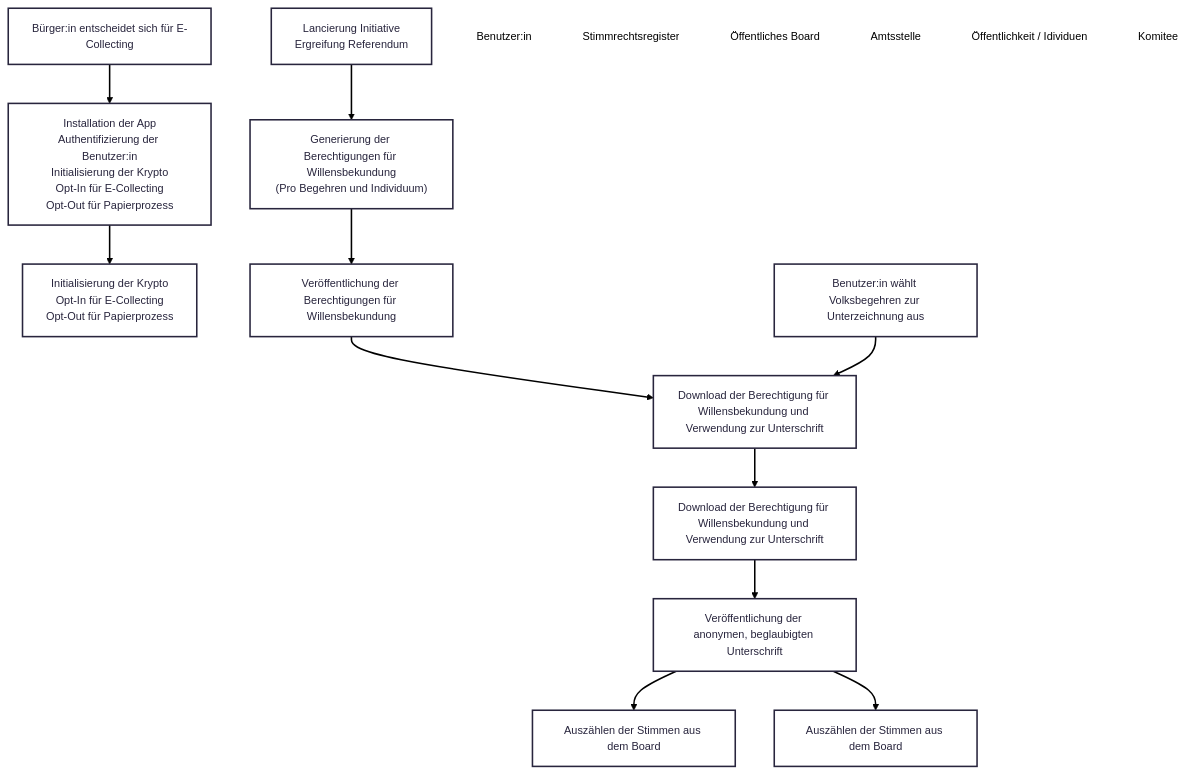
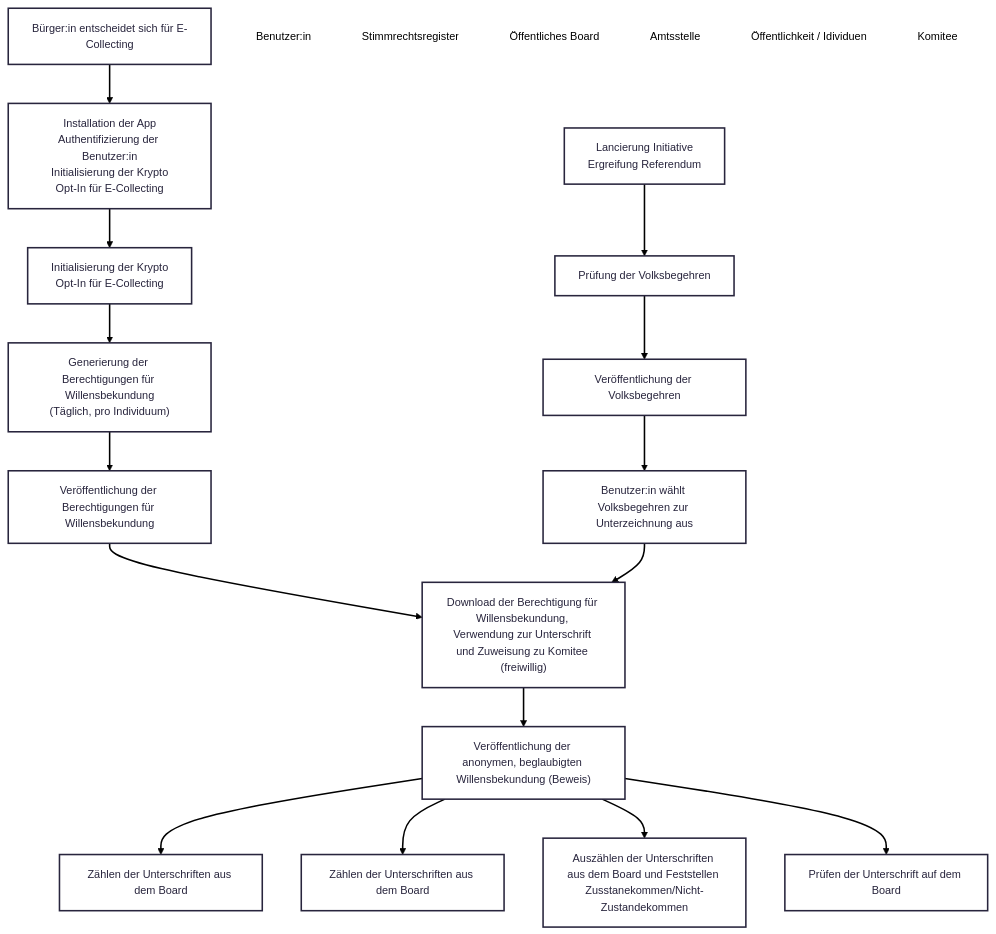
The second of 2 diagrams in vision/diagram.md (swiss/e-collecting-hackathon-team3), drawn with Mermaid before and after one commit.

````diff
--- a/vision/diagram.md
+++ b/vision/diagram.md
@@ -54,46 +54,51 @@
 ```mermaid
 ---
 config:
   theme: redux
   layout: fixed
 ---
 flowchart TD
-    A["Bürger:in entscheidet sich für E-Collecting"] --> n1["Installation der App<br>Authentifizierung der Benutzer:in<br>Initialisierung der Krypto<br>Opt-In für E-Collecting<br>Opt-Out für Papierprozess"]
-    n1 --> n2["Initialisierung der Krypto<br>Opt-In für E-Collecting<br>Opt-Out für Papierprozess"]
-    D["Lancierung Initiative<br>Ergreifung Referendum"] --> n6["Generierung der Berechtigungen für Willensbekundung<br>(Pro Begehren und Individuum)"]
-    n6 --> n7["Veröffentlichung der Berechtigungen für Willensbekundung"]
-    n9["Download der Berechtigung für Willensbekundung und Verwendung zur Unterschrift"] --> n10["Veröffentlichung der anonymen, beglaubigten Unterschrift"]
-    n7 --> n16["Download der Berechtigung für Willensbekundung und Verwendung zur Unterschrift"]
-    n10 --> n12["Auszählen der Stimmen aus dem Board"] & n14["Auszählen der Stimmen aus dem Board"]
+    A["Bürger:in entscheidet sich für E-Collecting"] --> n1["Installation der App<br>Authentifizierung der Benutzer:in<br>Initialisierung der Krypto<br>Opt-In für E-Collecting"]
+    n1 --> n2["Initialisierung der Krypto<br>Opt-In für E-Collecting"]
+    n6["Generierung der Berechtigungen für Willensbekundung<br>(Täglich, pro Individuum)"] --> n7["Veröffentlichung der Berechtigungen für Willensbekundung"]
+    n7 --> n16["Download der Berechtigung für Willensbekundung, Verwendung zur Unterschrift und Zuweisung zu Komitee (freiwillig)"]
+    n10["Veröffentlichung der anonymen, beglaubigten Willensbekundung (Beweis)"] --> n12["Zählen der Unterschriften aus dem Board"] & n14@{ label: "Zählen der <span style=\"padding-left:\">Unterschriften</span> aus dem Board" } & n19@{ label: "Auszählen der <span style=\"padding-left:\">Unterschriften</span> aus dem Board und Feststellen Zusstanekommen/Nicht-Zustandekommen" } & n20["Prüfen der Unterschrift auf dem Board"]
     n8["Benutzer:in wählt Volksbegehren zur Unterzeichnung aus"] --> n16
-    n16 --> n9
+    n17["Lancierung Initiative<br>Ergreifung Referendum"] --> n18["Prüfung der Volksbegehren"]
+    n18 --> D["Veröffentlichung der Volksbegehren"]
+    D --> n8
+    n16 --> n10
+    n2 --> n6
     n3["Benutzer:in"]
     n4["Stimmrechtsregister"]
     n5["Öffentliches Board <br>"]
     n11["Amtsstelle <br>"]
     n13["Öffentlichkeit / Idividuen"]
     n15["Komitee"]
     A@{ shape: rect}
     n1@{ shape: rect}
     n2@{ shape: rect}
     n6@{ shape: rect}
     n7@{ shape: rect}
-    n9@{ shape: rect}
+    n16@{ shape: rect}
     n10@{ shape: rect}
-    n16@{ shape: rect}
     n12@{ shape: rect}
     n14@{ shape: rect}
+    n19@{ shape: rect}
+    n20@{ shape: rect}
     n8@{ shape: rect}
+    n17@{ shape: rect}
+    n18@{ shape: rect}
     n3@{ shape: text}
     n4@{ shape: text}
     n5@{ shape: text}
     n11@{ shape: text}
     n13@{ shape: text}
     n15@{ shape: text}
     style n3 color:#000000
     style n4 color:#000000
     style n5 color:#000000
     style n11 color:#000000
     style n13 color:#000000
     style n15 color:#000000
 ```
````
